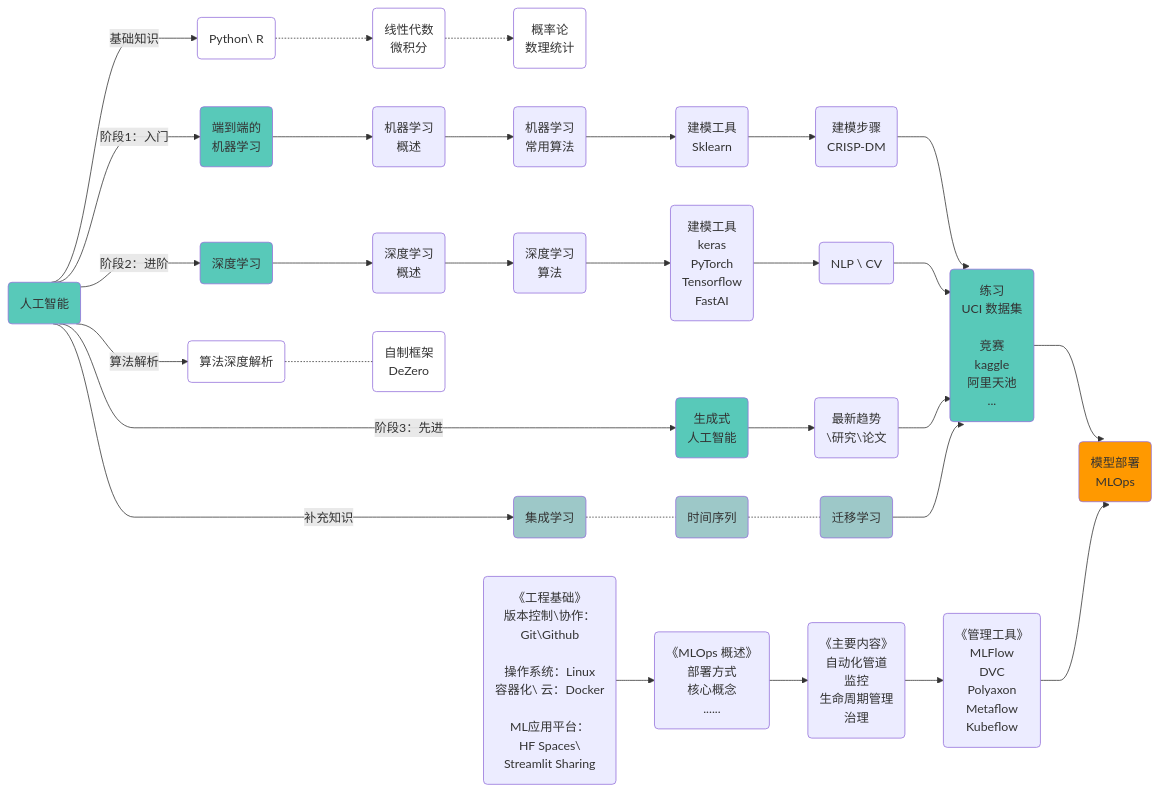
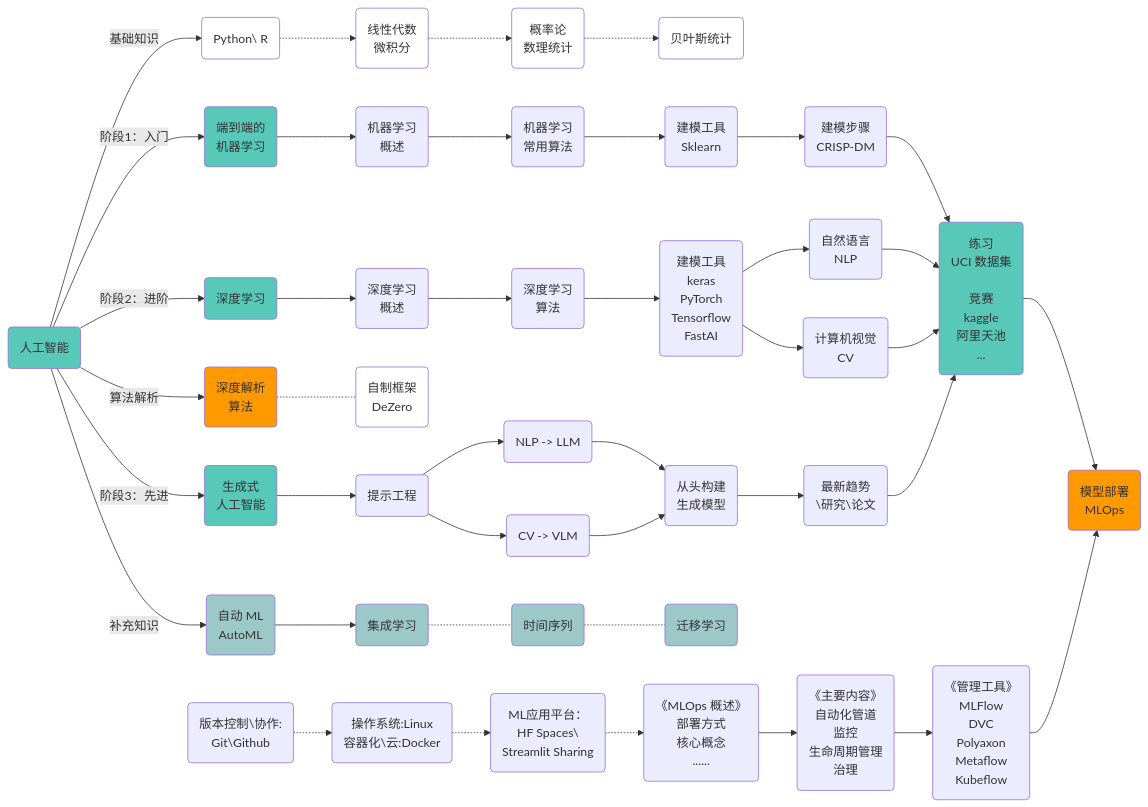
One commit to wenwangjain/wenwangjain.github.io changed the second of 2 diagrams in content/docs/ai/_index.zh-cn.md. Above: the diagram before and after it, drawn with Mermaid.

````diff
--- a/content/docs/ai/_index.zh-cn.md
+++ b/content/docs/ai/_index.zh-cn.md
@@ -72,38 +72,37 @@
 ```mermaid
-
-%%{ init: { 'flowchart': { 'curve': 'bumpX', 'styles': {
-   'stroke-width': '1px'
-} } } }%%
 
 flowchart LR
 
     classDef someclassA fill:#58C9B9
     classDef someclassB fill:#9DC8C8
     classDef someclassC fill:#f100,stroke-width:1px
     classDef someclassD fill:#a3c9c7
     classDef someclassE fill:#fff,stroke:#fff,color:#fff
     classDef someclassF fill:#ff9900
 
     A(人工智能):::someclassA 
     
-    A -- 基础知识 --> B1(Python\ R):::someclassC -.-> B2(线性代数<br>微积分):::someclassC -.-> B3(概率论<br>数理统计):::someclassC
+    A -- 基础知识 --> B1(Python\ R):::someclassC -.-> B2(线性代数<br>微积分):::someclassC -.-> B3(概率论<br>数理统计):::someclassC -.-> B4(贝叶斯统计):::someclassC
 
     A -- 阶段1：入门 --> C(端到端的<br>机器学习):::someclassA --> C12(机器学习<br>概述) --> C13(机器学习<br>常用算法) --> C14(建模工具<br>Sklearn) --> C15(建模步骤<br>CRISP-DM) --> Y
 
-    A -- 阶段2：进阶 --> D(深度学习):::someclassA --> D11(深度学习<br>概述) --> D12(深度学习<br>算法) --> D13(建模工具<br>keras<br>PyTorch<br>Tensorflow<br>FastAI) --> D14(NLP \ CV) --> Y
+    A -- 阶段2：进阶 --> D(深度学习):::someclassA --> D11(深度学习<br>概述) --> D12(深度学习<br>算法) --> D13(建模工具<br>keras<br>PyTorch<br>Tensorflow<br>FastAI) 
+        D13 --> D141(自然语言<br>NLP) --> Y
+        D13 --> D142(计算机视觉<br>CV) --> Y
 
-    A -- 算法解析 --> E21(算法深度解析):::someclassC  -.- E22(自制框架<br>DeZero):::someclassC
+    A -- 算法解析 --> E21(深度解析<br>算法):::someclassF  -.- E22(自制框架<br>DeZero):::someclassC
 
-    A -- 阶段3：先进 --> F(生成式<br>人工智能):::someclassA --> F11(最新趋势<br>\研究\论文) --> Y
+    A -- 阶段3：先进 --> F(生成式<br>人工智能):::someclassA --> F1(提示工程)
+        F3(从头构建<br>生成模型) --> F4(最新趋势<br>\研究\论文) --> Y
+        F1 --> F21(NLP -> LLM) --> F3
+        F1 --> F22(CV -> VLM) --> F3
 
-    A -- 补充知识 --> G1(集成学习):::someclassB -.- G2(时间序列):::someclassB -.- G3(迁移学习):::someclassB --> Y
+    A -- 补充知识 --> G1(自动 ML<br>AutoML):::someclassB --> G2(集成学习):::someclassB -.- G3(时间序列):::someclassB -.- G4(迁移学习):::someclassB 
 
     Y(练习<br>UCI 数据集<br><br>竞赛<br>kaggle<br>阿里天池<br>...):::someclassA --> Z
 
     Z(模型部署<br>MLOps):::someclassF
-    Z1(《工程基础》<br>版本控制\协作：<br>Git\Github<br><br>操作系统：Linux<br>容器化\ 云：Docker<br><br>ML应用平台：<br>HF Spaces\<br>Streamlit Sharing) --> Z2(《MLOps 概述》<br>部署方式<br>核心概念<br>......) --> Z3(《主要内容》<br>自动化管道<br>监控<br>生命周期管理<br>治理) --> Z4(《管理工具》<br>MLFlow<br>DVC<br>Polyaxon<br>Metaflow<br>Kubeflow)
+    Z1(版本控制\协作:<br>Git\Github) -.-> Z12(操作系统:Linux<br>容器化\云:Docker) -.->  Z13(ML应用平台：<br>HF Spaces\<br>Streamlit Sharing) -.-> Z2(《MLOps 概述》<br>部署方式<br>核心概念<br>......) --> Z3(《主要内容》<br>自动化管道<br>监控<br>生命周期管理<br>治理) --> Z4(《管理工具》<br>MLFlow<br>DVC<br>Polyaxon<br>Metaflow<br>Kubeflow)
     Z4 --> Z
 
-    
-
 ```
````
